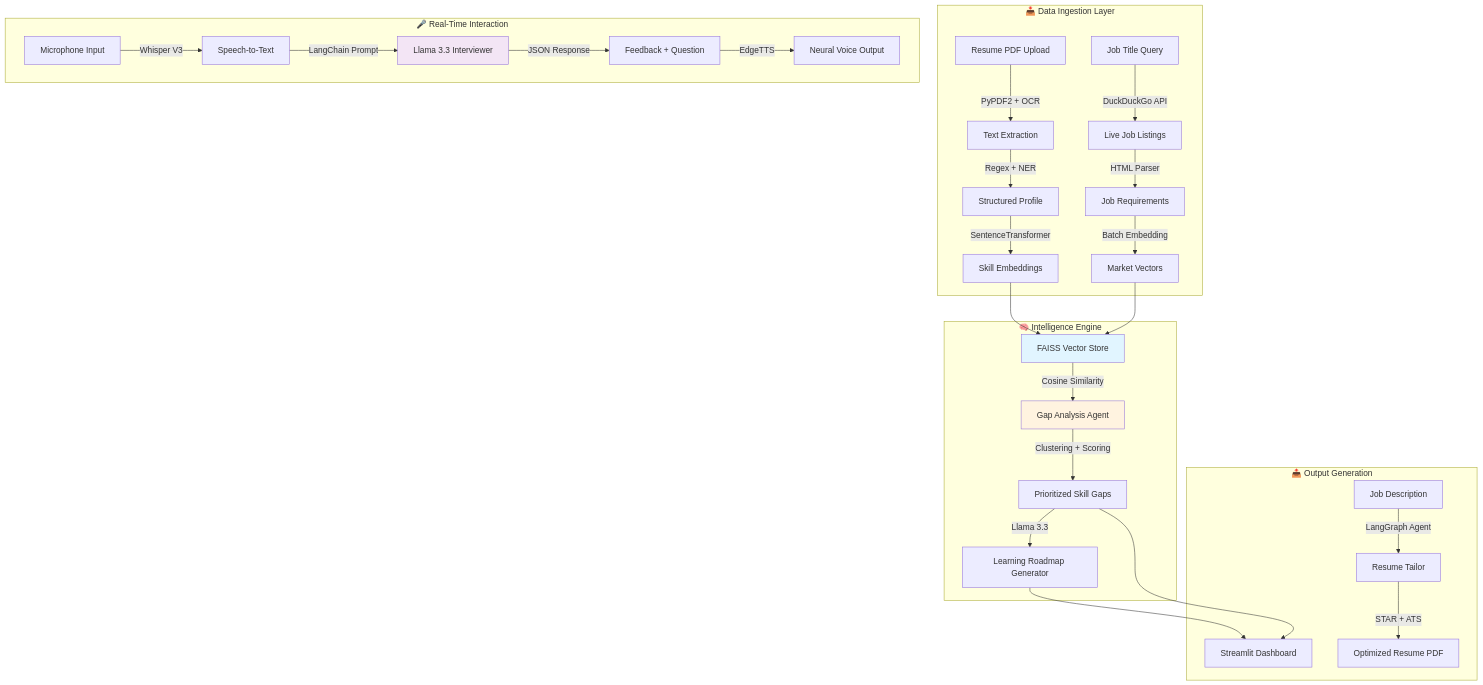
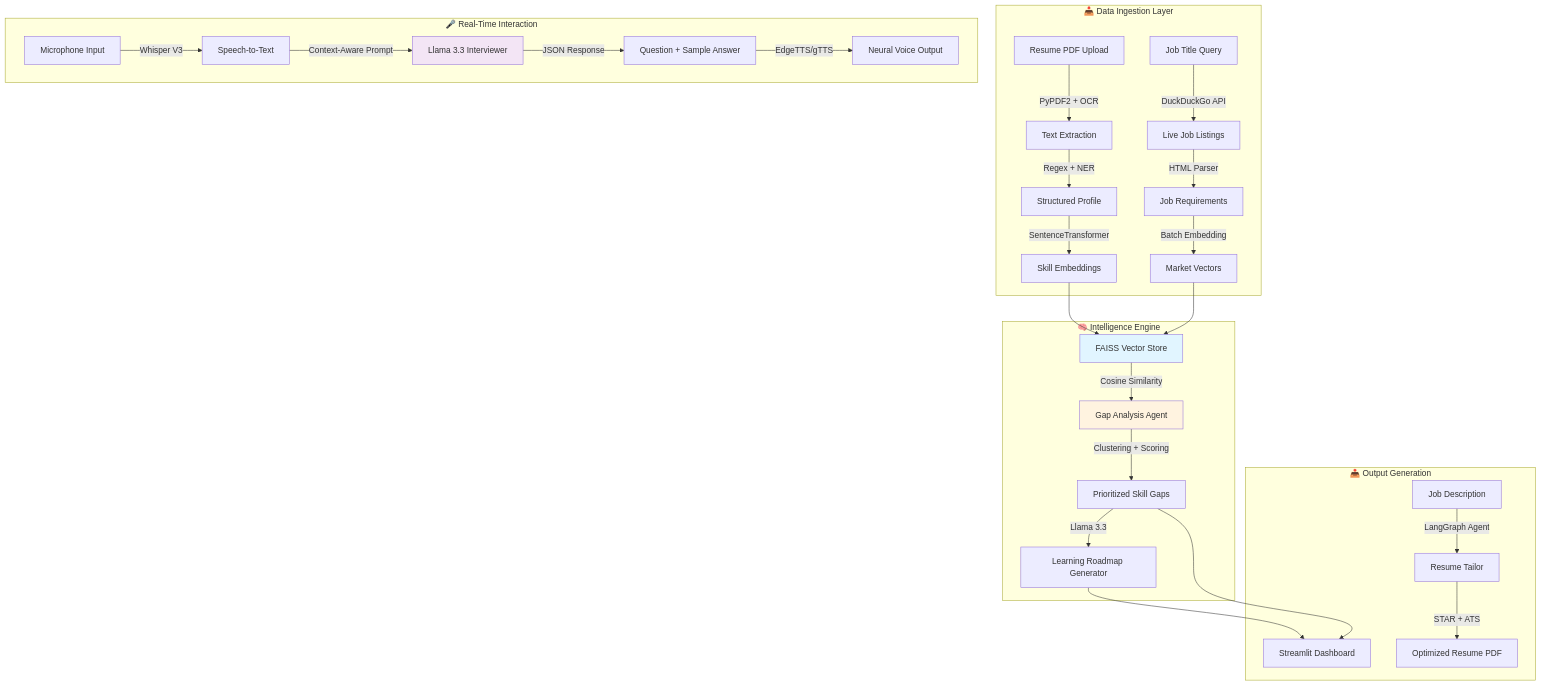
Before and after one commit to yixin16/CareerCompass-AI-Intelligent-Resume---Market-Gap-Analyzer: the diagram in README.md, drawn with Mermaid. The commit also changed other lines of this file, not shown here.

````diff
--- a/README.md
+++ b/README.md
@@ -130,38 +146,38 @@
 ```mermaid
 graph TB
     subgraph "📥 Data Ingestion Layer"
         A[Resume PDF Upload] -->|PyPDF2 + OCR| B[Text Extraction]
         B -->|Regex + NER| C[Structured Profile]
         C -->|SentenceTransformer| D[Skill Embeddings]
         
         E[Job Title Query] -->|DuckDuckGo API| F[Live Job Listings]
         F -->|HTML Parser| G[Job Requirements]
         G -->|Batch Embedding| H[Market Vectors]
     end
     
     subgraph "🧠 Intelligence Engine"
         D --> I[FAISS Vector Store]
         H --> I
         I -->|Cosine Similarity| J[Gap Analysis Agent]
         J -->|Clustering + Scoring| K[Prioritized Skill Gaps]
         K -->|Llama 3.3| L[Learning Roadmap Generator]
     end
     
     subgraph "🎤 Real-Time Interaction"
         M[Microphone Input] -->|Whisper V3| N[Speech-to-Text]
-        N -->|LangChain Prompt| O[Llama 3.3 Interviewer]
-        O -->|JSON Response| P[Feedback + Question]
-        P -->|EdgeTTS| Q[Neural Voice Output]
+        N -->|Context-Aware Prompt| O[Llama 3.3 Interviewer]
+        O -->|JSON Response| P[Question + Sample Answer]
+        P -->|EdgeTTS/gTTS| Q[Neural Voice Output]
     end
     
     subgraph "📤 Output Generation"
         L --> R[Streamlit Dashboard]
         K --> R
         S[Job Description] -->|LangGraph Agent| T[Resume Tailor]
         T -->|STAR + ATS| U[Optimized Resume PDF]
     end
     
     style I fill:#e1f5ff
     style J fill:#fff3e0
     style O fill:#f3e5f5
 ```
````
